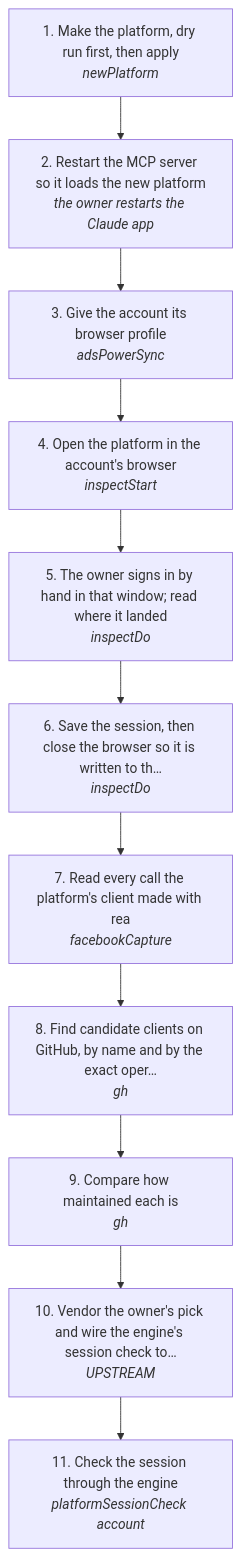
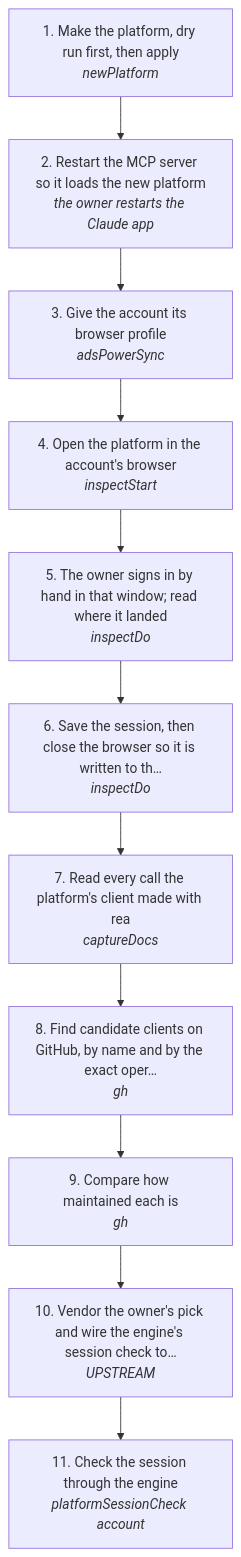
One commit to matthewdonsemail-lab/log changed the diagram in docs/useCases/instagram/newPlatform.md. Above: the diagram before and after it, drawn with Mermaid. The commit also changed other lines of this file and 316 other files, not shown here.

````diff
--- a/docs/useCases/instagram/newPlatform.md
+++ b/docs/useCases/instagram/newPlatform.md
@@ -14,24 +14,24 @@
 ```mermaid
 flowchart TD
   s0["1. Make the platform, dry run first, then apply<br/><i>newPlatform</i>"]
   s1["2. Restart the MCP server so it loads the new platform<br/><i>the owner restarts the Claude app</i>"]
   s2["3. Give the account its browser profile<br/><i>adsPowerSync</i>"]
   s3["4. Open the platform in the account's browser<br/><i>inspectStart</i>"]
   s4["5. The owner signs in by hand in that window; read where it landed<br/><i>inspectDo</i>"]
   s5["6. Save the session, then close the browser so it is written to th…<br/><i>inspectDo</i>"]
-  s6["7. Read every call the platform's client made with rea<br/><i>facebookCapture</i>"]
+  s6["7. Read every call the platform's client made with rea<br/><i>captureDocs</i>"]
   s7["8. Find candidate clients on GitHub, by name and by the exact oper…<br/><i>gh</i>"]
   s8["9. Compare how maintained each is<br/><i>gh</i>"]
   s9["10. Vendor the owner's pick and wire the engine's session check to…<br/><i>UPSTREAM</i>"]
   s10["11. Check the session through the engine<br/><i>platformSessionCheck account</i>"]
   s0 --> s1
   s1 --> s2
   s2 --> s3
   s3 --> s4
   s4 --> s5
   s5 --> s6
   s6 --> s7
   s7 --> s8
   s8 --> s9
   s9 --> s10
 ```
````
